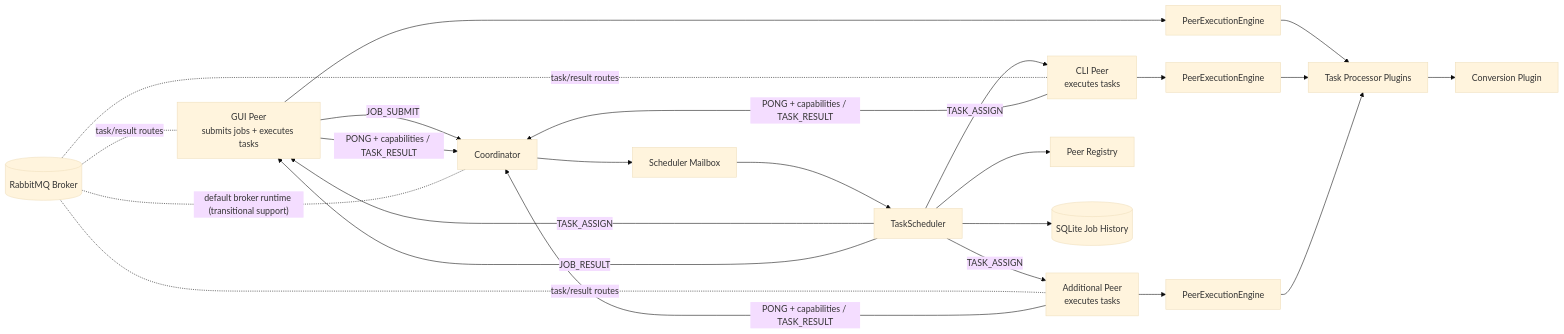
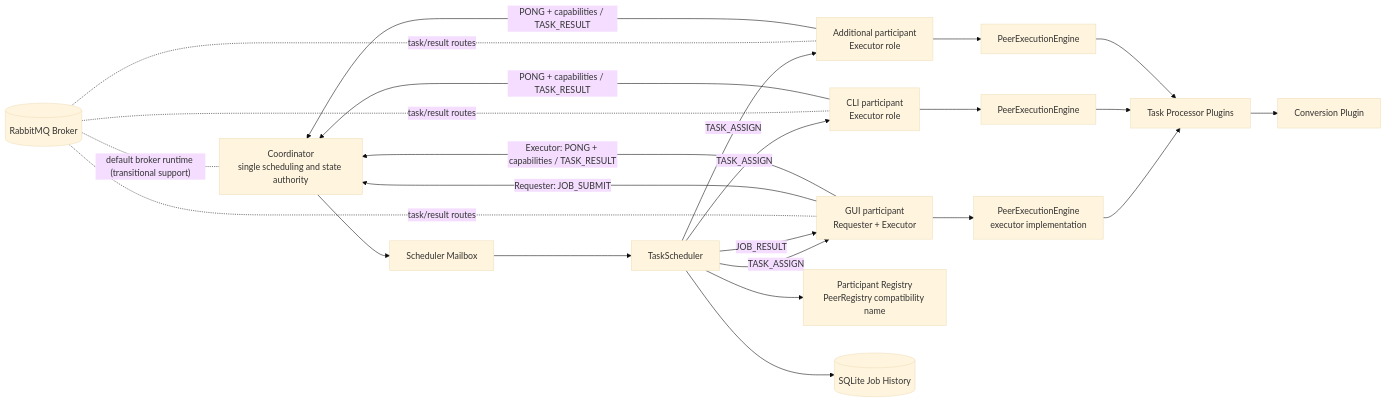
One commit to HuuPhu-Nguyen/Task-Flow-2 changed the diagram in README.md. Above: the diagram before and after it, drawn with Mermaid (base theme). The commit also changed other lines of this file and 20 other files, not shown here.

````diff
--- a/README.md
+++ b/README.md
@@ -38,27 +42,28 @@
 ```mermaid
 flowchart LR
-    PeerA[GUI Peer\nsubmits jobs + executes tasks] -->|JOB_SUBMIT| Coordinator
-    PeerA -->|PONG + capabilities / TASK_RESULT| Coordinator
-    PeerB[CLI Peer\nexecutes tasks] -->|PONG + capabilities / TASK_RESULT| Coordinator
-    PeerC[Additional Peer\nexecutes tasks] -->|PONG + capabilities / TASK_RESULT| Coordinator
+    Coordinator[Coordinator<br/>single scheduling and state authority]
+    ParticipantA[GUI participant<br/>Requester + Executor] -->|Requester: JOB_SUBMIT| Coordinator
+    ParticipantA -->|Executor: PONG + capabilities / TASK_RESULT| Coordinator
+    ParticipantB[CLI participant<br/>Executor role] -->|PONG + capabilities / TASK_RESULT| Coordinator
+    ParticipantC[Additional participant<br/>Executor role] -->|PONG + capabilities / TASK_RESULT| Coordinator
     Coordinator --> Mailbox[Scheduler Mailbox]
     Mailbox --> Scheduler[TaskScheduler]
-    Scheduler --> Registry[Peer Registry]
+    Scheduler --> Registry[Participant Registry<br/>PeerRegistry compatibility name]
     Scheduler --> Store[(SQLite Job History)]
-    Scheduler -->|TASK_ASSIGN| PeerA
-    Scheduler -->|TASK_ASSIGN| PeerB
-    Scheduler -->|TASK_ASSIGN| PeerC
-    PeerA --> EngineA[PeerExecutionEngine]
-    PeerB --> EngineB[PeerExecutionEngine]
-    PeerC --> EngineC[PeerExecutionEngine]
+    Scheduler -->|TASK_ASSIGN| ParticipantA
+    Scheduler -->|TASK_ASSIGN| ParticipantB
+    Scheduler -->|TASK_ASSIGN| ParticipantC
+    ParticipantA --> EngineA[PeerExecutionEngine<br/>executor implementation]
+    ParticipantB --> EngineB[PeerExecutionEngine]
+    ParticipantC --> EngineC[PeerExecutionEngine]
     EngineA --> Plugins[Task Processor Plugins]
     EngineB --> Plugins
     EngineC --> Plugins
     Plugins --> Conversion[Conversion Plugin]
-    Scheduler -->|JOB_RESULT| PeerA
+    Scheduler -->|JOB_RESULT| ParticipantA
 
     RabbitMQ[(RabbitMQ Broker)] -. default broker runtime (transitional support) .- Coordinator
-    RabbitMQ -. task/result routes .- PeerA
-    RabbitMQ -. task/result routes .- PeerB
-    RabbitMQ -. task/result routes .- PeerC
+    RabbitMQ -. task/result routes .- ParticipantA
+    RabbitMQ -. task/result routes .- ParticipantB
+    RabbitMQ -. task/result routes .- ParticipantC
 ```
````
